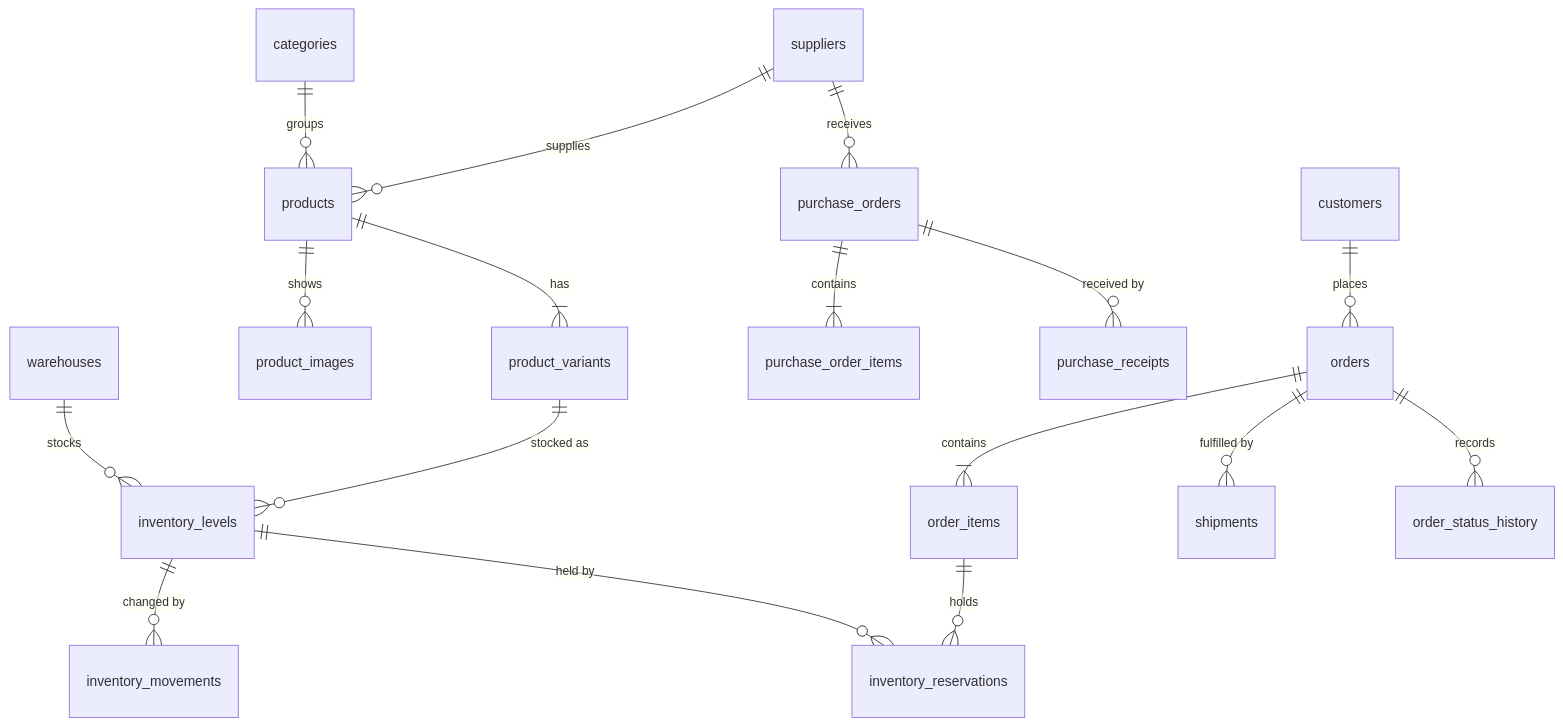
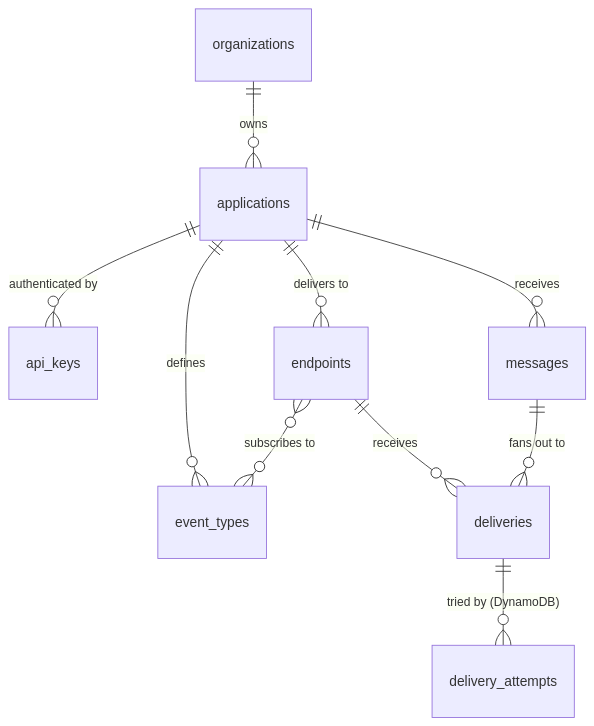
Before and after one commit to rahmanmostafijur/solmira: the third of 3 diagrams in ARCHITECTURE.md, drawn with Mermaid. The commit also changed other lines of this file and 16 other files, not shown here.

First line of the commit message:
docs: rewrite README, architecture, development, security and API docs for the webhook platform

````diff
--- a/ARCHITECTURE.md
+++ b/ARCHITECTURE.md
@@ -204,19 +179,12 @@
 ```mermaid
 erDiagram
-  categories ||--o{ products : groups
-  suppliers ||--o{ products : supplies
-  products ||--|{ product_variants : has
-  products ||--o{ product_images : shows
-  warehouses ||--o{ inventory_levels : stocks
-  product_variants ||--o{ inventory_levels : "stocked as"
-  inventory_levels ||--o{ inventory_movements : "changed by"
-  inventory_levels ||--o{ inventory_reservations : "held by"
-  suppliers ||--o{ purchase_orders : receives
-  purchase_orders ||--|{ purchase_order_items : contains
-  purchase_orders ||--o{ purchase_receipts : "received by"
-  customers ||--o{ orders : places
-  orders ||--|{ order_items : contains
-  order_items ||--o{ inventory_reservations : holds
-  orders ||--o{ shipments : "fulfilled by"
-  orders ||--o{ order_status_history : records
+  organizations ||--o{ applications : owns
+  applications ||--o{ api_keys : "authenticated by"
+  applications ||--o{ event_types : defines
+  applications ||--o{ endpoints : "delivers to"
+  endpoints }o--o{ event_types : "subscribes to"
+  applications ||--o{ messages : receives
+  messages ||--o{ deliveries : "fans out to"
+  endpoints ||--o{ deliveries : receives
+  deliveries ||--o{ delivery_attempts : "tried by (DynamoDB)"
 ```
````
